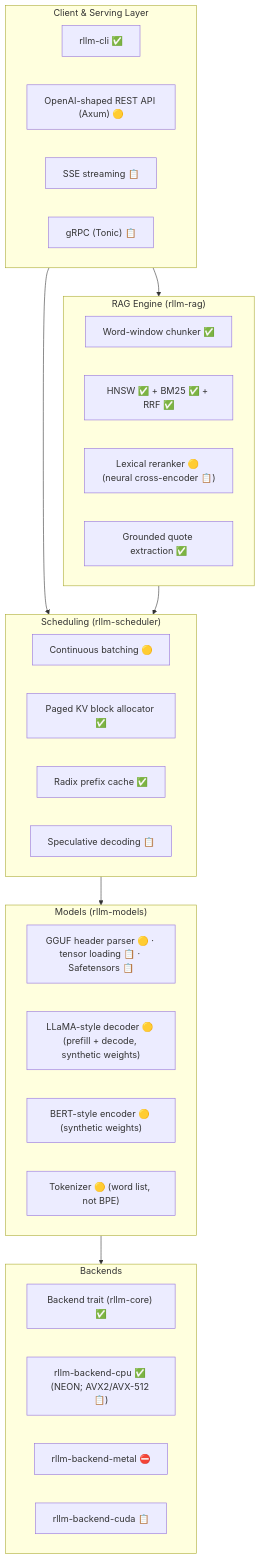
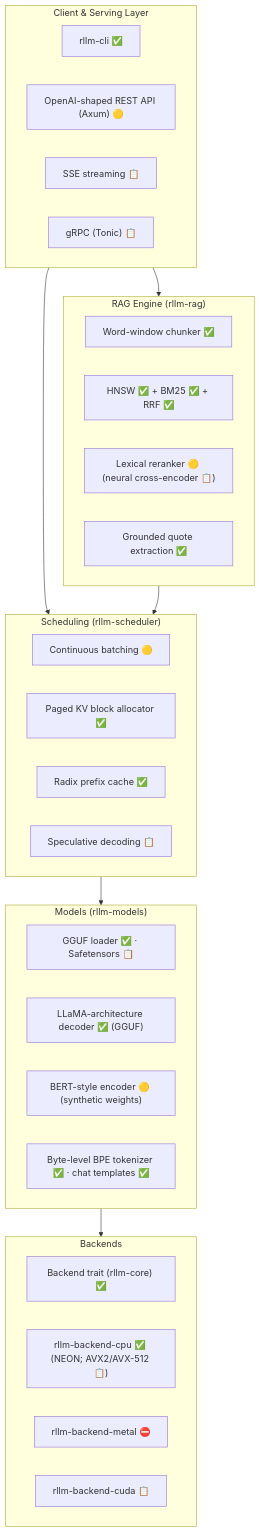
One commit to tovganesh/rllm changed the diagram in docs/ARCHITECTURE.md. Above: the diagram before and after it, drawn with Mermaid. The commit also changed other lines of this file and 42 other files, not shown here.

````diff
--- a/docs/ARCHITECTURE.md
+++ b/docs/ARCHITECTURE.md
@@ -11,43 +11,43 @@
 ```mermaid
 flowchart TD
     subgraph ClientLayer ["Client & Serving Layer"]
         CLI["rllm-cli ✅"]
         HTTP["OpenAI-shaped REST API (Axum) 🟡"]
         SSE["SSE streaming 📋"]
         GRPC["gRPC (Tonic) 📋"]
     end
 
     subgraph RagEngine ["RAG Engine (rllm-rag)"]
         Chunker["Word-window chunker ✅"]
         HybridIndex["HNSW ✅ + BM25 ✅ + RRF ✅"]
         Reranker["Lexical reranker 🟡 (neural cross-encoder 📋)"]
         Grounding["Grounded quote extraction ✅"]
     end
 
     subgraph SchedulerLayer ["Scheduling (rllm-scheduler)"]
         Batcher["Continuous batching 🟡"]
         Paged["Paged KV block allocator ✅"]
         Radix["Radix prefix cache ✅"]
         SpecDec["Speculative decoding 📋"]
     end
 
     subgraph ModelLayer ["Models (rllm-models)"]
-        Weights["GGUF header parser 🟡 · tensor loading 📋 · Safetensors 📋"]
-        Llama["LLaMA-style decoder 🟡 (prefill + decode, synthetic weights)"]
+        Weights["GGUF loader ✅ · Safetensors 📋"]
+        Llama["LLaMA-architecture decoder ✅ (GGUF)"]
         Embed["BERT-style encoder 🟡 (synthetic weights)"]
-        Tok["Tokenizer 🟡 (word list, not BPE)"]
+        Tok["Byte-level BPE tokenizer ✅ · chat templates ✅"]
     end
 
     subgraph ComputeLayer ["Backends"]
         Trait["Backend trait (rllm-core) ✅"]
         CPU["rllm-backend-cpu ✅ (NEON; AVX2/AVX-512 📋)"]
         Metal["rllm-backend-metal ⛔"]
         CUDA["rllm-backend-cuda 📋"]
     end
 
     ClientLayer --> RagEngine
     ClientLayer --> SchedulerLayer
     RagEngine --> SchedulerLayer
     SchedulerLayer --> ModelLayer
     ModelLayer --> ComputeLayer
 ```
````
